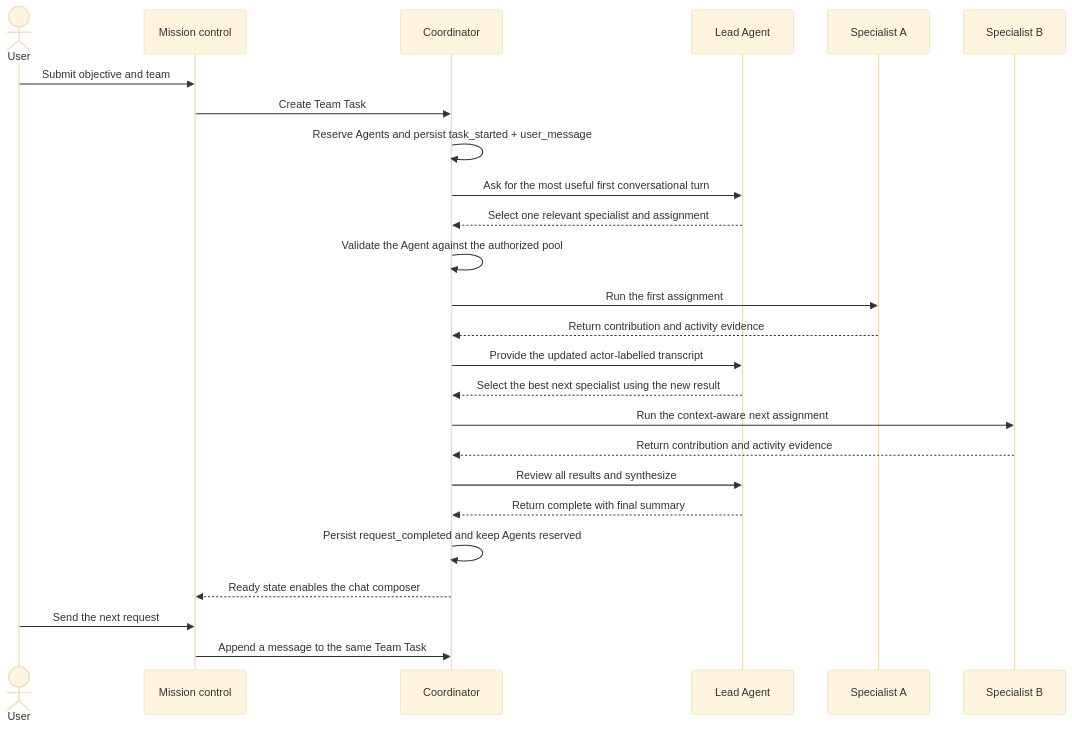
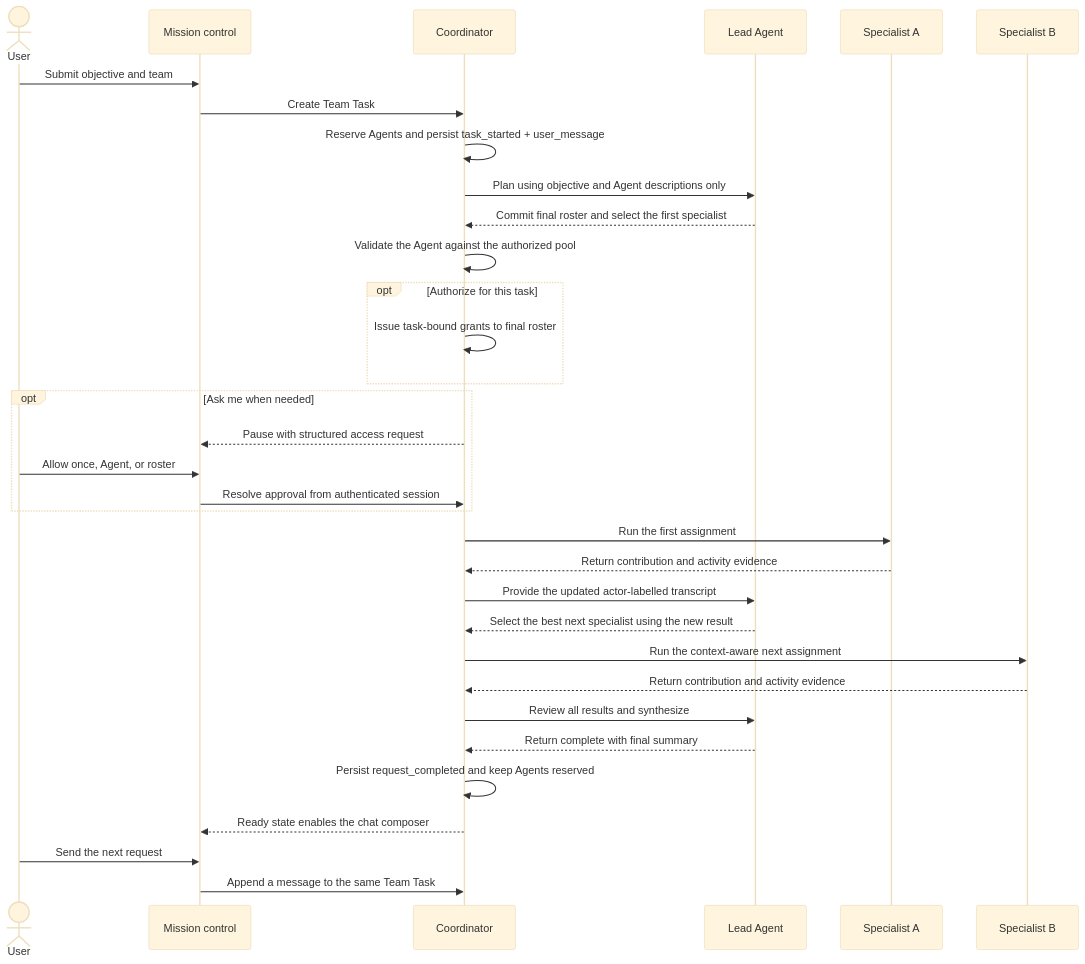
Before and after one commit to waiyeeyuen/SmallPotato: the second of 2 diagrams in docs/COORDINATION_ARCHITECTURE.md, drawn with Mermaid (base theme). The commit also changed other lines of this file and 17 other files, not shown here.

````diff
--- a/docs/COORDINATION_ARCHITECTURE.md
+++ b/docs/COORDINATION_ARCHITECTURE.md
@@ -30,28 +33,36 @@
 ```mermaid
 sequenceDiagram
   actor User
   participant UI as Mission control
   participant C as Coordinator
   participant L as Lead Agent
   participant A as Specialist A
   participant B as Specialist B
 
   User->>UI: Submit objective and team
   UI->>C: Create Team Task
   C->>C: Reserve Agents and persist task_started + user_message
-  C->>L: Ask for the most useful first conversational turn
-  L-->>C: Select one relevant specialist and assignment
+  C->>L: Plan using objective and Agent descriptions only
+  L-->>C: Commit final roster and select the first specialist
   C->>C: Validate the Agent against the authorized pool
+  opt Authorize for this task
+    C->>C: Issue task-bound grants to final roster
+  end
+  opt Ask me when needed
+    C-->>UI: Pause with structured access request
+    User->>UI: Allow once, Agent, or roster
+    UI->>C: Resolve approval from authenticated session
+  end
   C->>A: Run the first assignment
   A-->>C: Return contribution and activity evidence
   C->>L: Provide the updated actor-labelled transcript
   L-->>C: Select the best next specialist using the new result
   C->>B: Run the context-aware next assignment
   B-->>C: Return contribution and activity evidence
   C->>L: Review all results and synthesize
   L-->>C: Return complete with final summary
   C->>C: Persist request_completed and keep Agents reserved
   C-->>UI: Ready state enables the chat composer
   User->>UI: Send the next request
   UI->>C: Append a message to the same Team Task
 ```
````
